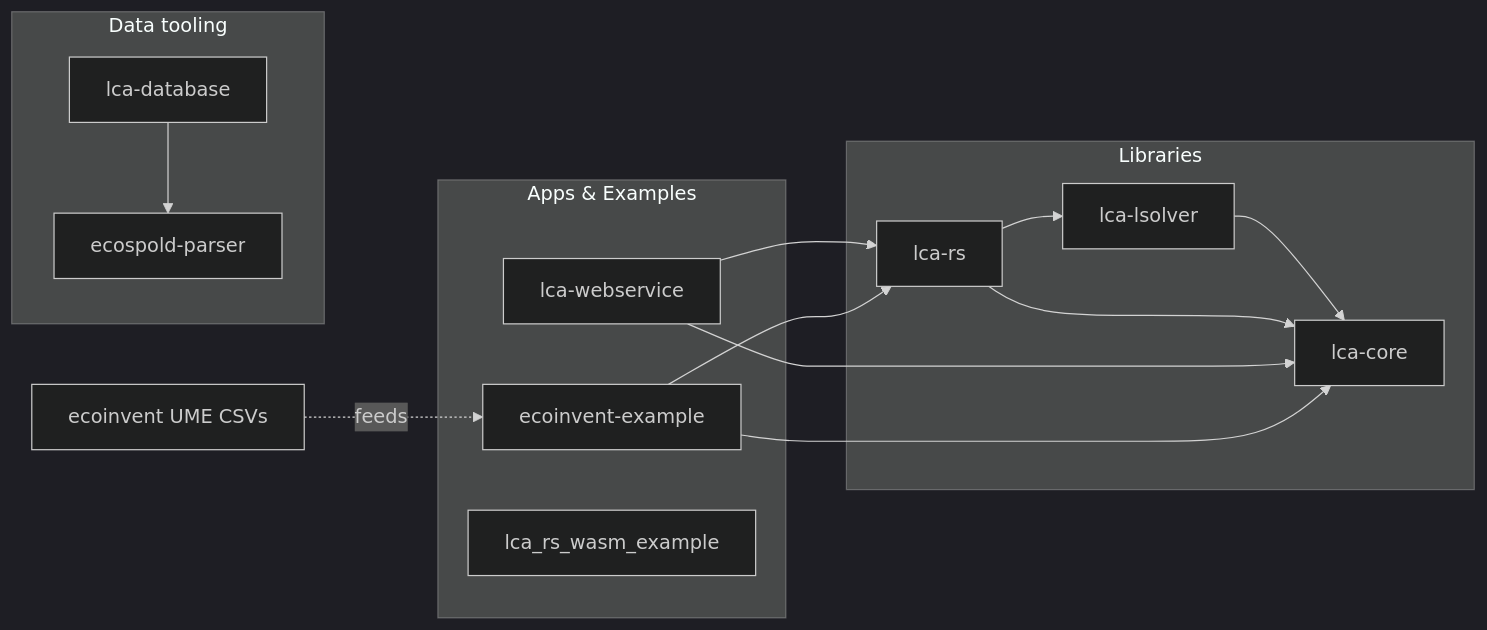
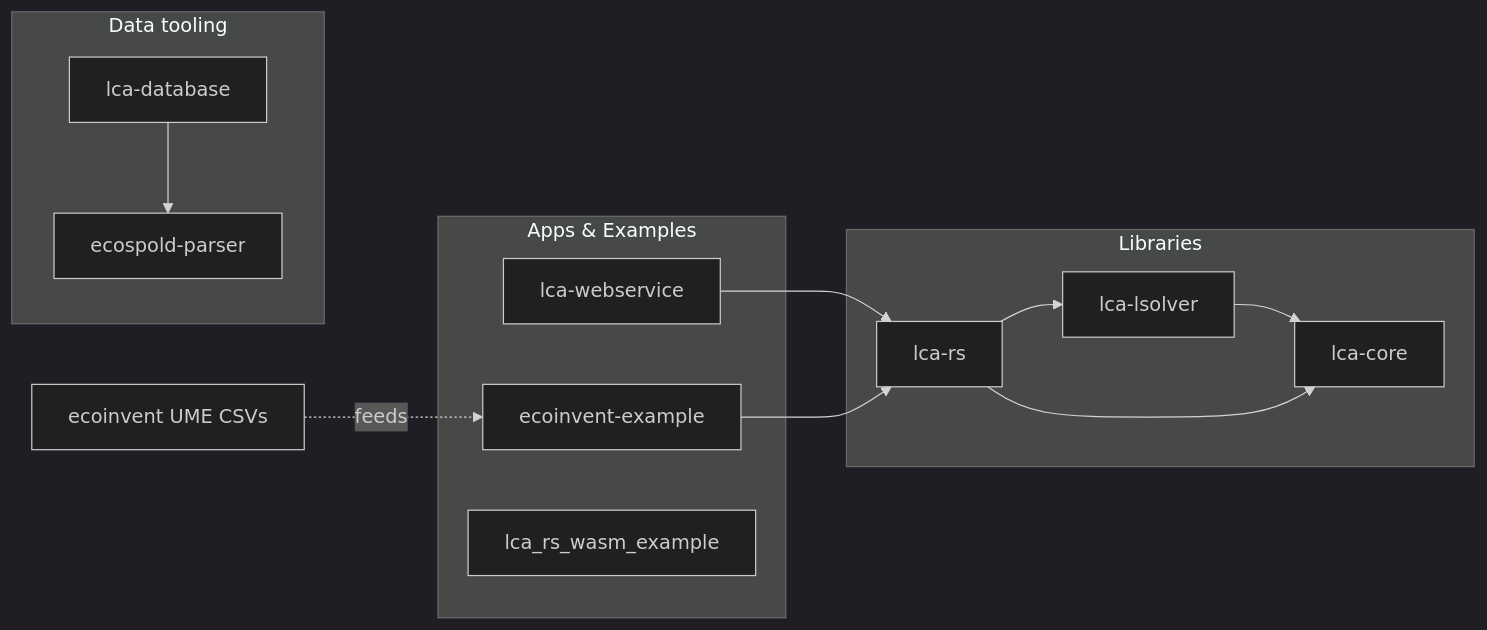
The diagram in README.md (zojeda/lca-rs-workspace), drawn with Mermaid (dark theme) before and after one commit. The commit also changed other lines of this file and 152 other files, not shown here.

````diff
--- a/README.md
+++ b/README.md
@@ -23,30 +23,28 @@
 ```mermaid
 graph LR
   subgraph Libraries
     core[lca-core]
     lsolver[lca-lsolver]
     glue[lca-rs]
   end
   subgraph Apps & Examples
     web[lca-webservice]
     ei[ecoinvent-example]
     wasm[lca_rs_wasm_example]
   end
   subgraph Data tooling
     parser[ecospold-parser]
     db[lca-database]
   end
 
   %% Code dependencies (A --> B means A depends on/uses B)
   lsolver --> core
   glue --> core
   glue --> lsolver
   web --> glue
-  web --> core
   ei --> glue
-  ei --> core
   db --> parser
 
   %% External data used by examples
   ume[ecoinvent UME CSVs] -. feeds .-> ei
 ```
````
